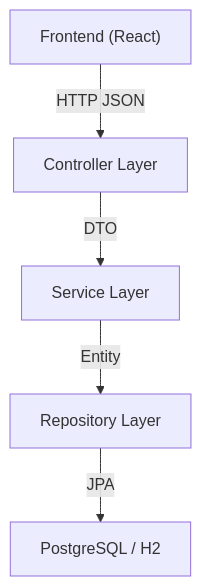
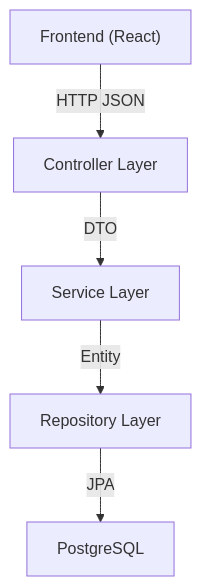
The diagram in docs/BACKEND_ARCHITECTURE.md (JoaoNunes-ppb/trainning-management-app), drawn with Mermaid before and after one commit. The commit also changed other lines of this file and 52 other files, not shown here.

````diff
--- a/docs/BACKEND_ARCHITECTURE.md
+++ b/docs/BACKEND_ARCHITECTURE.md
@@ -89,13 +86,13 @@
 ```mermaid
 flowchart TD
     Client["Frontend (React)"]
     Controller["Controller Layer"]
     Service["Service Layer"]
     Repository["Repository Layer"]
-    DB["PostgreSQL / H2"]
+    DB["PostgreSQL"]
 
     Client -->|"HTTP JSON"| Controller
     Controller -->|"DTO"| Service
     Service -->|"Entity"| Repository
     Repository -->|"JPA"| DB
 ```
````
